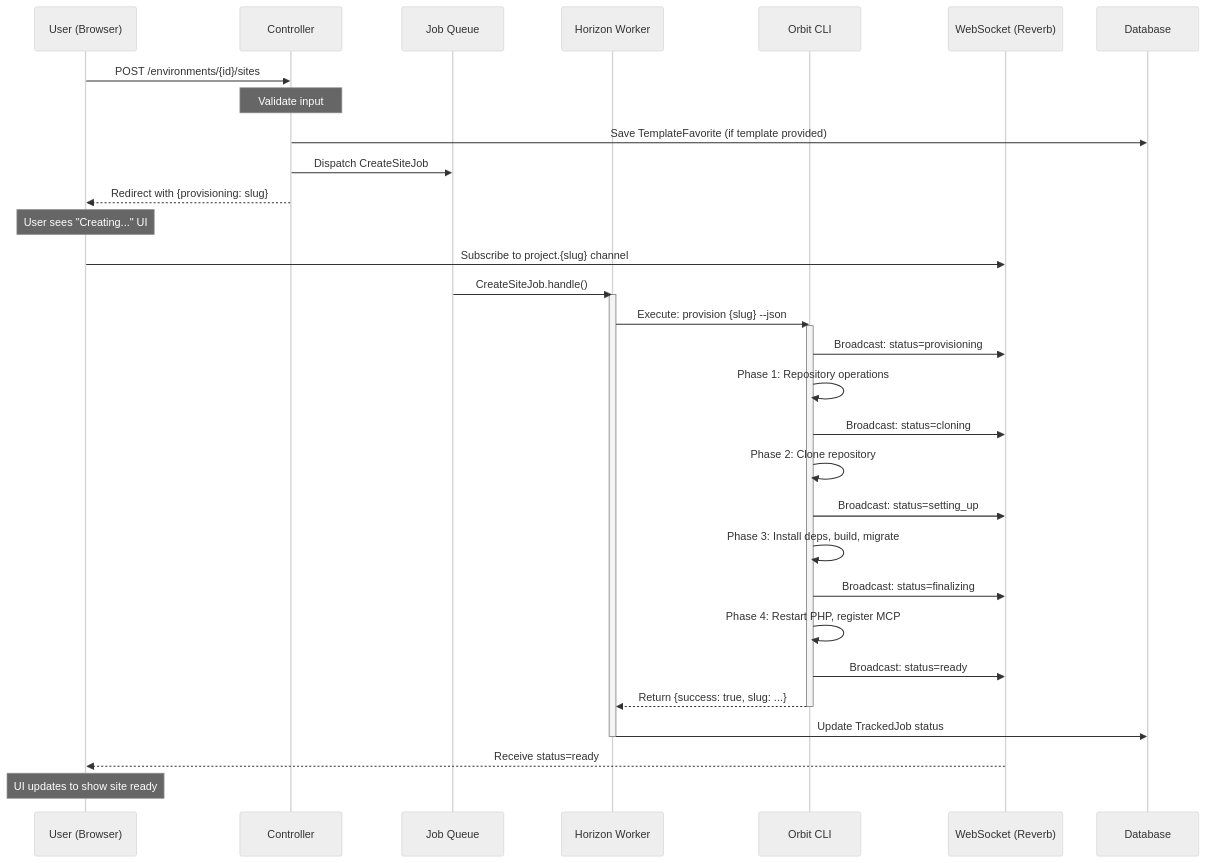
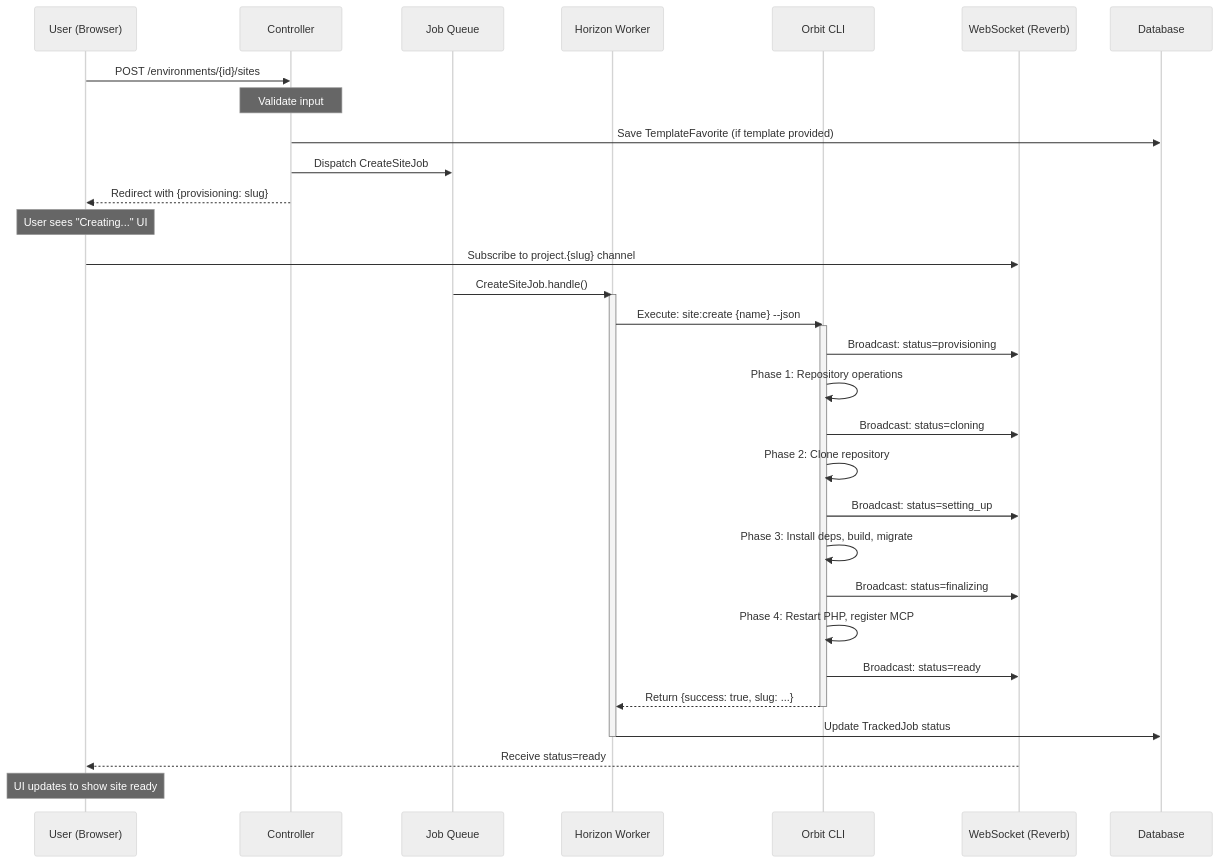
One commit to hardimpactdev/orbit-core changed the first of 2 diagrams in docs/flows/site-creation.md. Above: the diagram before and after it, drawn with Mermaid (neutral theme). The commit also changed other lines of this file and 1 other file, not shown here.

Commit message:
docs: clarify async rule scope - jobs call CLI synchronously

````diff
--- a/docs/flows/site-creation.md
+++ b/docs/flows/site-creation.md
@@ -17,45 +17,45 @@
 ```mermaid
 sequenceDiagram
     participant U as User (Browser)
     participant C as Controller
     participant Q as Job Queue
     participant H as Horizon Worker
     participant CLI as Orbit CLI
     participant WS as WebSocket (Reverb)
     participant DB as Database
 
     U->>C: POST /environments/{id}/sites
     Note over C: Validate input
     
     C->>DB: Save TemplateFavorite (if template provided)
     C->>Q: Dispatch CreateSiteJob
     C-->>U: Redirect with {provisioning: slug}
     
     Note over U: User sees "Creating..." UI
     U->>WS: Subscribe to project.{slug} channel
     
     Q->>H: CreateSiteJob.handle()
     activate H
     
-    H->>CLI: Execute: provision {slug} --json
+    H->>CLI: Execute: site:create {name} --json
     activate CLI
     
     CLI->>WS: Broadcast: status=provisioning
     CLI->>CLI: Phase 1: Repository operations
     CLI->>WS: Broadcast: status=cloning
     CLI->>CLI: Phase 2: Clone repository
     CLI->>WS: Broadcast: status=setting_up
     CLI->>CLI: Phase 3: Install deps, build, migrate
     CLI->>WS: Broadcast: status=finalizing
     CLI->>CLI: Phase 4: Restart PHP, register MCP
     CLI->>WS: Broadcast: status=ready
     
     CLI-->>H: Return {success: true, slug: ...}
     deactivate CLI
     
     H->>DB: Update TrackedJob status
     deactivate H
     
     WS-->>U: Receive status=ready
     Note over U: UI updates to show site ready
 ```
````
